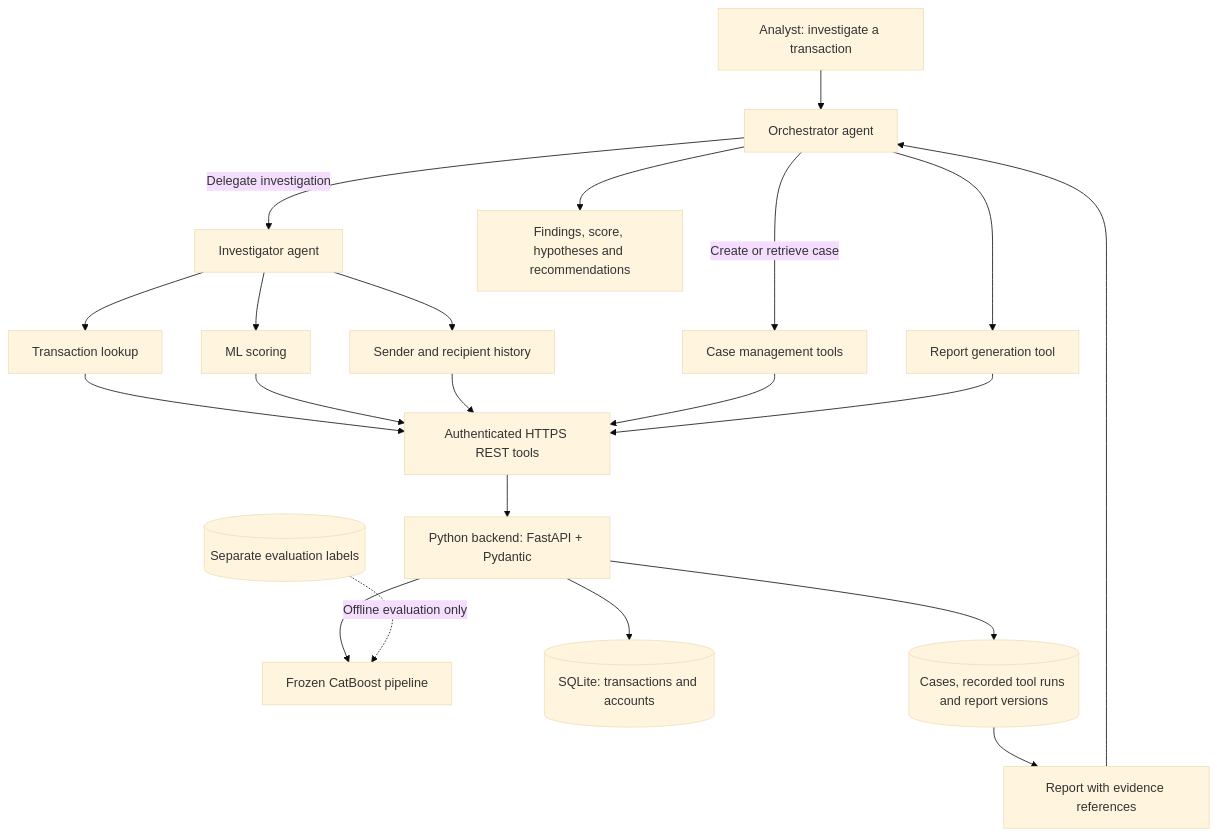
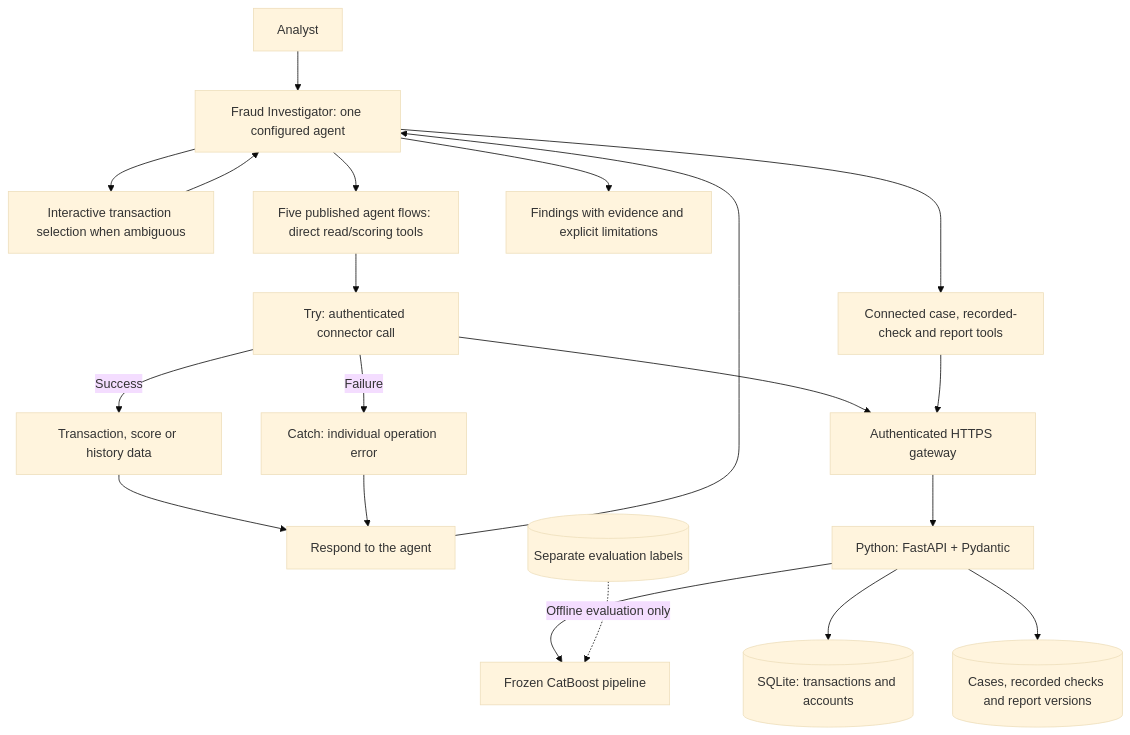
The diagram in README.md (zakilbaki/fraud-investigation), drawn with Mermaid (base theme) before and after one commit. The commit also changed other lines of this file and 4 other files, not shown here.

Commit message:
docs: document Copilot flow error handling and acceptance status

````diff
--- a/README.md
+++ b/README.md
@@ -17,23 +17,22 @@
 ```mermaid
 flowchart TD
-    U[Analyst: investigate a transaction] --> O[Orchestrator agent]
-    O -->|Delegate investigation| I[Investigator agent]
-    O -->|Create or retrieve case| C[Case management tools]
-    I --> T[Transaction lookup]
-    I --> S[ML scoring]
-    I --> H[Sender and recipient history]
-    T --> G[Authenticated HTTPS REST tools]
-    S --> G
-    H --> G
-    C --> G
-    G --> B[Python backend: FastAPI + Pydantic]
+    U[Analyst] --> I[Fraud Investigator: one configured agent]
+    I --> Q[Interactive transaction selection when ambiguous]
+    Q --> I
+    I --> F[Five published agent flows: direct read/scoring tools]
+    F --> T[Try: authenticated connector call]
+    T -->|Success| OK[Transaction, score or history data]
+    T -->|Failure| C[Catch: individual operation error]
+    OK --> R[Respond to the agent]
+    C --> R
+    R --> I
+    I --> K[Connected case, recorded-check and report tools]
+    T --> G[Authenticated HTTPS gateway]
+    K --> G
+    G --> B[Python: FastAPI + Pydantic]
     B --> M[Frozen CatBoost pipeline]
     B --> D[(SQLite: transactions and accounts)]
-    B --> E[(Cases, recorded tool runs and report versions)]
-    O --> R[Report generation tool]
-    R --> G
-    E --> F[Report with evidence references]
-    F --> O
-    O --> A[Findings, score, hypotheses and recommendations]
+    B --> E[(Cases, recorded checks and report versions)]
+    I --> A[Findings with evidence and explicit limitations]
     L[(Separate evaluation labels)] -. Offline evaluation only .-> M
 ```
````
